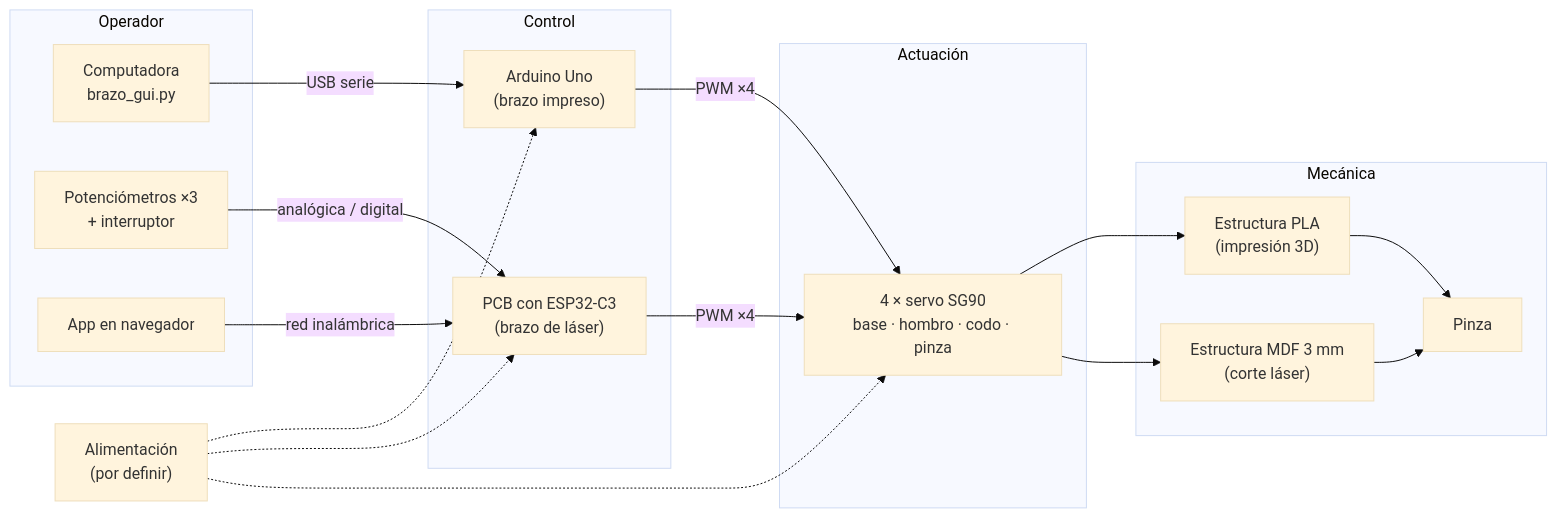
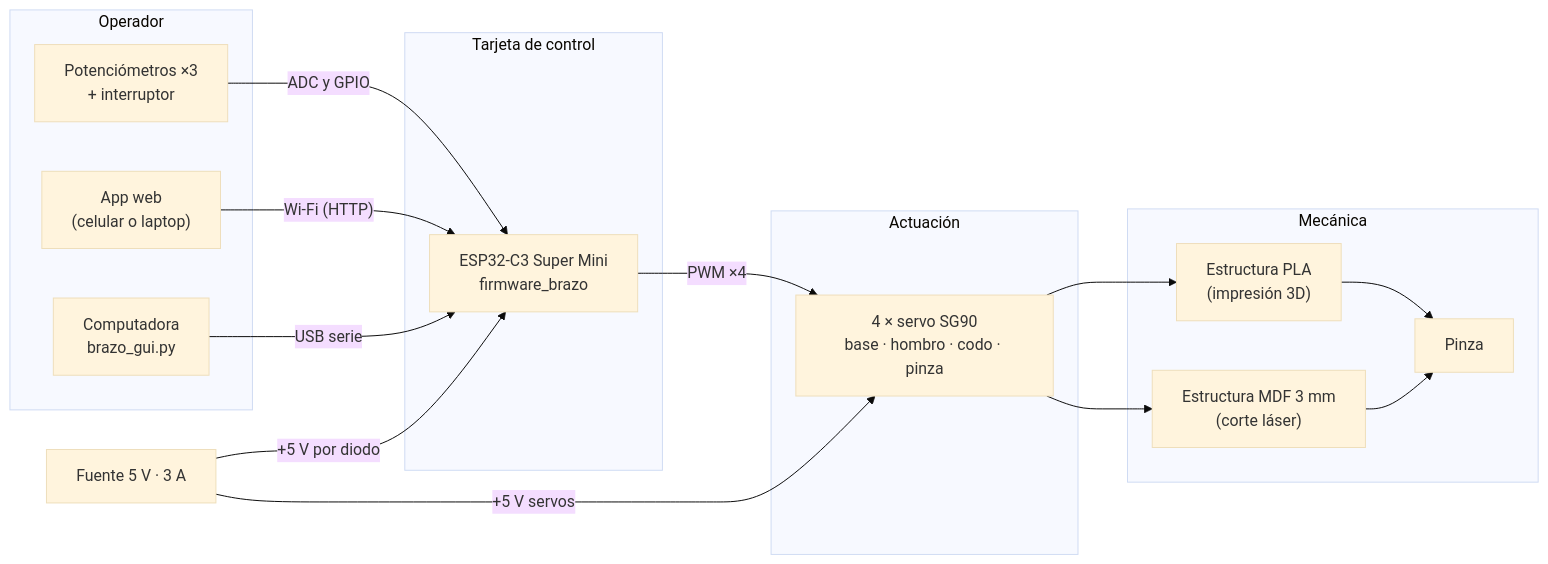
Before and after one commit to sebastiux/portafolio-just-the-docs: the diagram in brazos/index.md, drawn with Mermaid (base theme). The commit also changed other lines of this file and 73 other files, not shown here.

First line of the commit message:
Tarjeta con ESP32-C3, firmware y documentación completa de los brazos

````diff
--- a/brazos/index.md
+++ b/brazos/index.md
@@ -123,33 +147,30 @@
 ```mermaid
 flowchart LR
   subgraph OP["Operador"]
+    MAN["Potenciómetros ×3<br/>+ interruptor"]
+    APP["App web<br/>(celular o laptop)"]
     PC["Computadora<br/>brazo_gui.py"]
-    MAN["Potenciómetros ×3<br/>+ interruptor"]
-    APP["App en navegador"]
   end
-  subgraph CTRL["Control"]
-    UNO["Arduino Uno<br/>(brazo impreso)"]
-    ESP["PCB con ESP32-C3<br/>(brazo de láser)"]
+  subgraph CTRL["Tarjeta de control"]
+    ESP["ESP32-C3 Super Mini<br/>firmware_brazo"]
   end
   subgraph ACT["Actuación"]
     S["4 × servo SG90<br/>base · hombro · codo · pinza"]
   end
   subgraph MEC["Mecánica"]
     E1["Estructura PLA<br/>(impresión 3D)"]
     E2["Estructura MDF 3 mm<br/>(corte láser)"]
     P["Pinza"]
   end
-  ALI["Alimentación<br/>(por definir)"]
-  PC -- USB serie --> UNO
-  MAN -- analógica / digital --> ESP
-  APP -- red inalámbrica --> ESP
-  UNO -- PWM ×4 --> S
-  ESP -- PWM ×4 --> S
+  ALI["Fuente 5 V · 3 A"]
+  MAN -- "ADC y GPIO" --> ESP
+  APP -- "Wi-Fi (HTTP)" --> ESP
+  PC -- "USB serie" --> ESP
+  ESP -- "PWM ×4" --> S
   S --> E1
   S --> E2
   E1 --> P
   E2 --> P
-  ALI -.-> UNO
-  ALI -.-> ESP
-  ALI -.-> S
+  ALI -- "+5 V servos" --> S
+  ALI -- "+5 V por diodo" --> ESP
 ```
````
